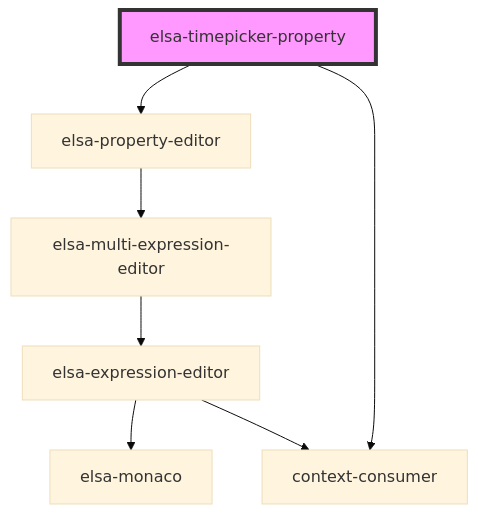
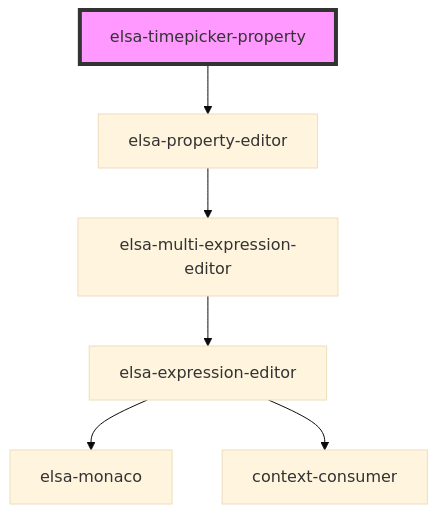
Before and after one commit to hgmdesigns/elsa-designer-fork: the diagram in src/components/editors/properties/elsa-timepicker-property/readme.md, drawn with Mermaid (base theme). The commit also changed other lines of this file and 5 other files, not shown here.

````diff
--- a/src/components/editors/properties/elsa-timepicker-property/readme.md
+++ b/src/components/editors/properties/elsa-timepicker-property/readme.md
@@ -25,10 +23,9 @@
 ```mermaid
 graph TD;
   elsa-timepicker-property --> elsa-property-editor
-  elsa-timepicker-property --> context-consumer
   elsa-property-editor --> elsa-multi-expression-editor
   elsa-multi-expression-editor --> elsa-expression-editor
   elsa-expression-editor --> elsa-monaco
   elsa-expression-editor --> context-consumer
   style elsa-timepicker-property fill:#f9f,stroke:#333,stroke-width:4px
 ```
````
